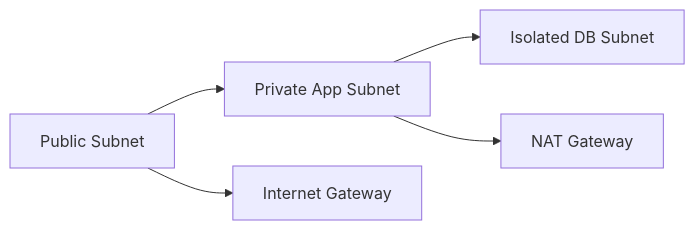
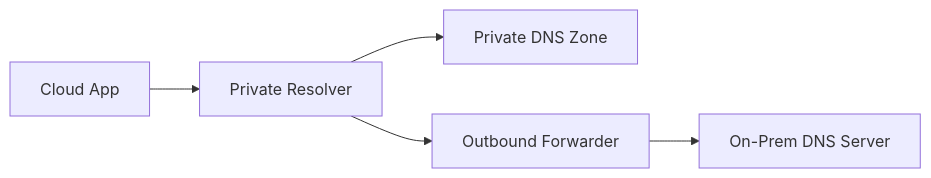
Before and after one commit to Devopstrio/terraform-enterprise-networking: the fifth of 11 diagrams in README.md, drawn with Mermaid. The commit also changed other lines of this file, not shown here.

Commit message:
docs: implement 11+ professional architecture diagrams for enterprise networking

````diff
--- a/README.md
+++ b/README.md
@@ -94,7 +150,7 @@
 ```mermaid
 graph LR
-    Public[Public Subnet] --> Private[Private App Subnet]
-    Private --> DB[Isolated DB Subnet]
-    Public --> IGW[Internet Gateway]
-    Private --> NAT[NAT Gateway]
+    App[Cloud App] --> Resolver[Private Resolver]
+    Resolver --> Zone[Private DNS Zone]
+    Resolver --> Forward[Outbound Forwarder]
+    Forward --> OnPremDNS[On-Prem DNS Server]
 ```
````
